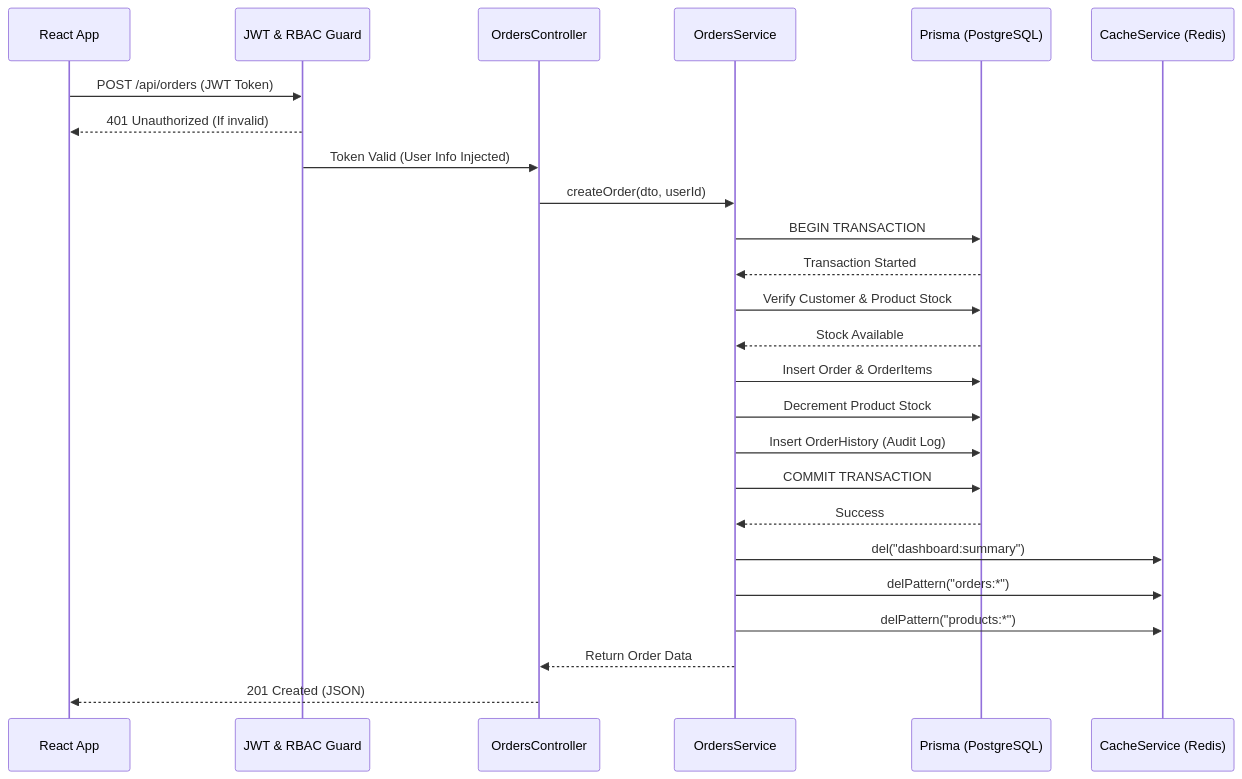
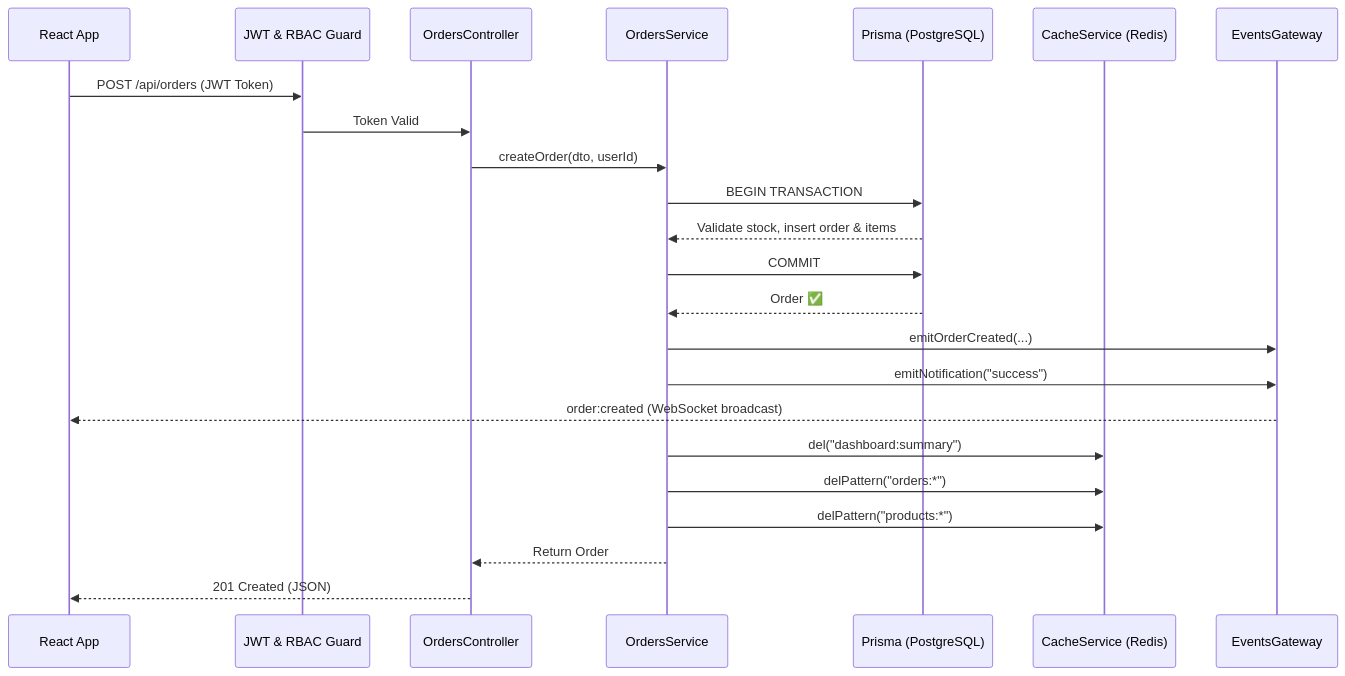
Before and after one commit to DatPHP/crm-system-2026: the fifth of 5 diagrams in README.md, drawn with Mermaid. The commit also changed other lines of this file, not shown here.

Commit message:
Update web Socketin structure

````diff
--- a/README.md
+++ b/README.md
@@ -307,34 +450,30 @@
 ```mermaid
 sequenceDiagram
     participant Client as React App
     participant Guard as JWT & RBAC Guard
     participant Controller as OrdersController
     participant Service as OrdersService
     participant DB as Prisma (PostgreSQL)
     participant Cache as CacheService (Redis)
+    participant GW as EventsGateway
 
     Client->>Guard: POST /api/orders (JWT Token)
-    Guard-->>Client: 401 Unauthorized (If invalid)
-    Guard->>Controller: Token Valid (User Info Injected)
+    Guard->>Controller: Token Valid
     Controller->>Service: createOrder(dto, userId)
 
     Service->>DB: BEGIN TRANSACTION
-    DB-->>Service: Transaction Started
+    DB-->>Service: Validate stock, insert order & items
+    Service->>DB: COMMIT
+    DB-->>Service: Order ✅
 
-    Service->>DB: Verify Customer & Product Stock
-    DB-->>Service: Stock Available
-
-    Service->>DB: Insert Order & OrderItems
-    Service->>DB: Decrement Product Stock
-    Service->>DB: Insert OrderHistory (Audit Log)
-
-    Service->>DB: COMMIT TRANSACTION
-    DB-->>Service: Success
+    Service->>GW: emitOrderCreated(...)
+    Service->>GW: emitNotification("success")
+    GW-->>Client: order:created (WebSocket broadcast)
 
     Service->>Cache: del("dashboard:summary")
     Service->>Cache: delPattern("orders:*")
     Service->>Cache: delPattern("products:*")
 
-    Service-->>Controller: Return Order Data
+    Service-->>Controller: Return Order
     Controller-->>Client: 201 Created (JSON)
 ```
````
